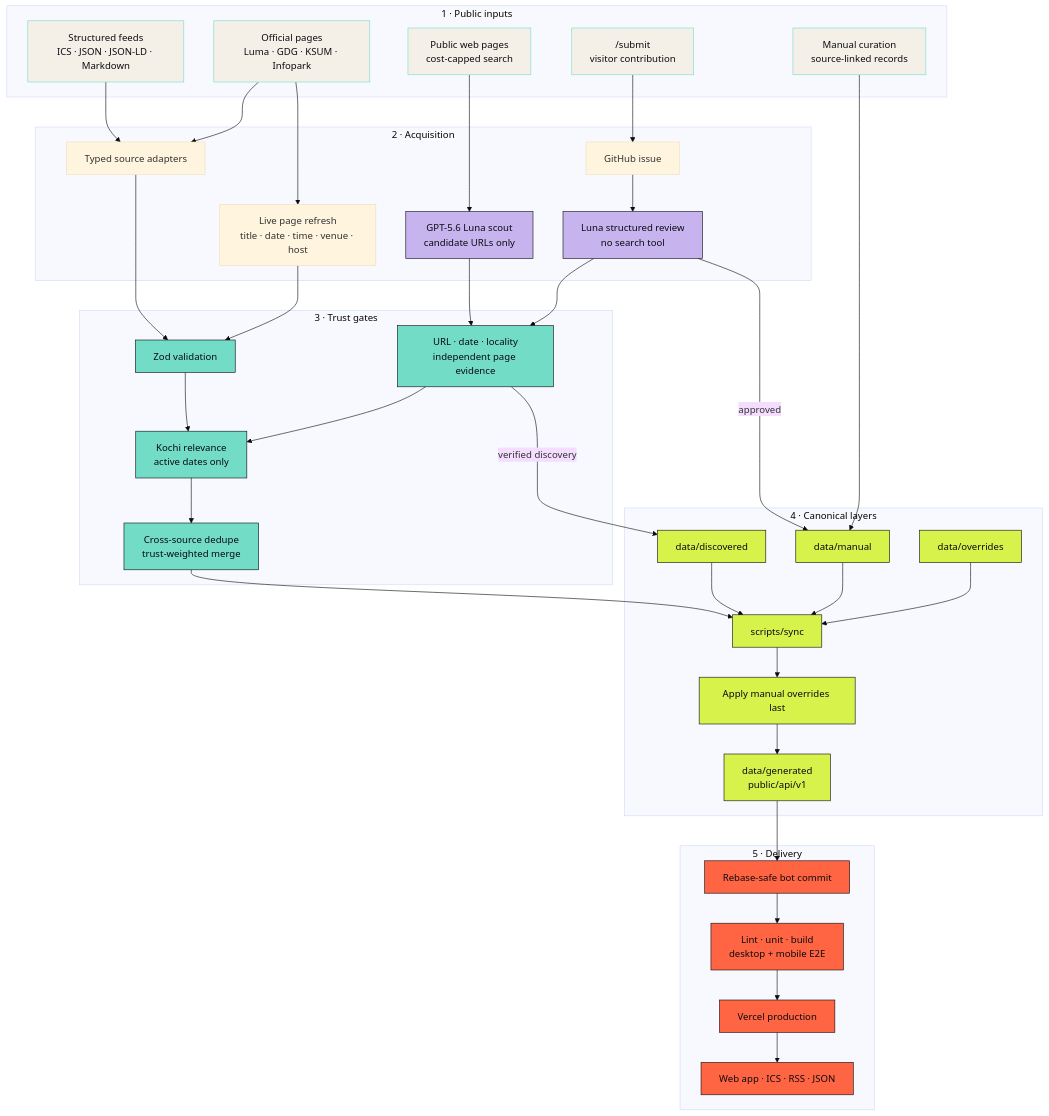
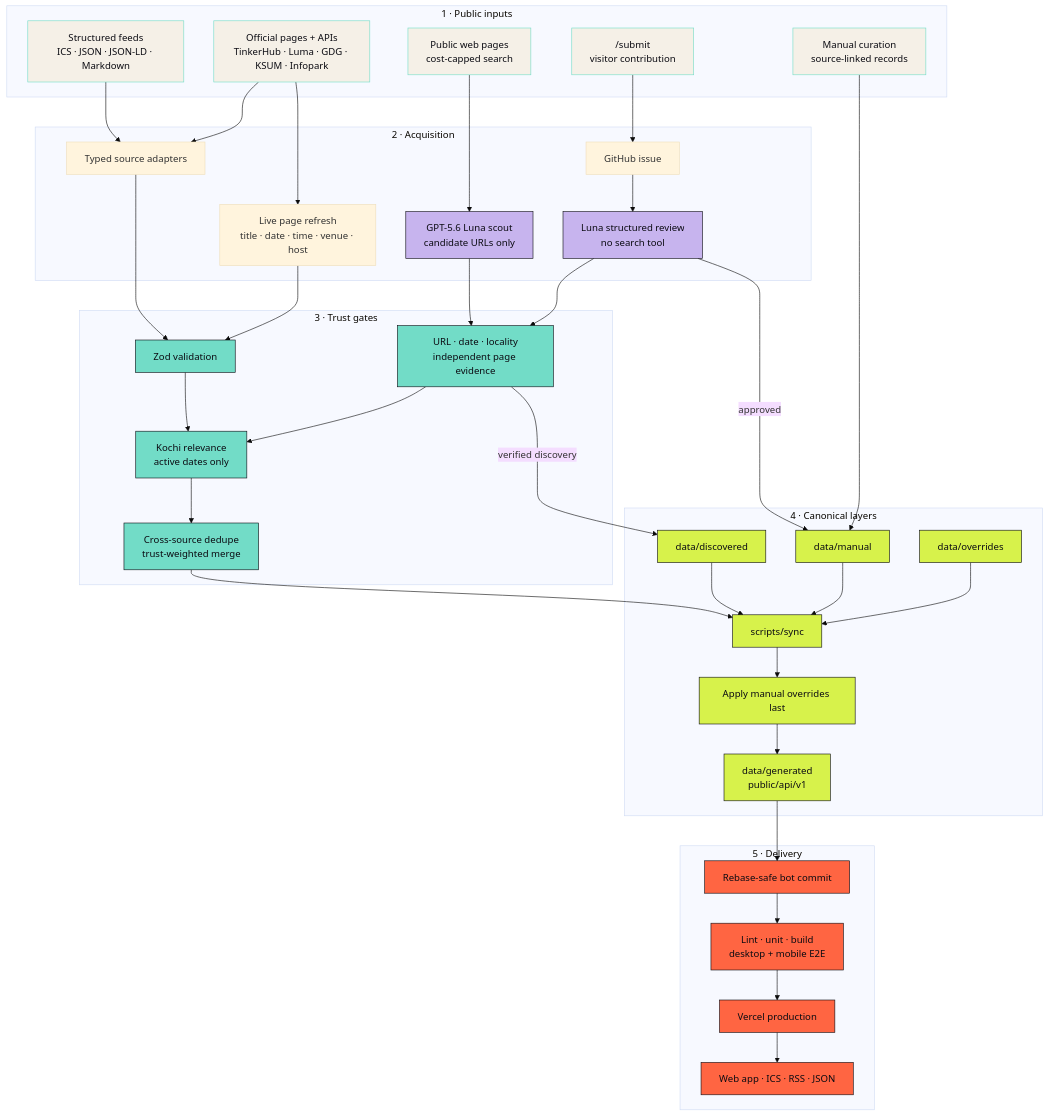
One commit to vaishakh3/kochibuzz changed the second of 2 diagrams in README.md. Above: the diagram before and after it, drawn with Mermaid (base theme). The commit also changed other lines of this file and 12 other files, not shown here.

Commit message:
Add TinkerHub event sync and cyber summit

````diff
--- a/README.md
+++ b/README.md
@@ -135,75 +135,75 @@
 ```mermaid
 flowchart TB
   subgraph sources["1 · Public inputs"]
     feeds["Structured feeds<br/>ICS · JSON · JSON-LD · Markdown"]
-    pages["Official pages<br/>Luma · GDG · KSUM · Infopark"]
+    pages["Official pages + APIs<br/>TinkerHub · Luma · GDG · KSUM · Infopark"]
     publicweb["Public web pages<br/>cost-capped search"]
     form["/submit<br/>visitor contribution"]
     curator["Manual curation<br/>source-linked records"]
   end
 
   subgraph acquisition["2 · Acquisition"]
     adapters["Typed source adapters"]
     liverefresh["Live page refresh<br/>title · date · time · venue · host"]
     scout["GPT-5.6 Luna scout<br/>candidate URLs only"]
     issue["GitHub issue"]
     reviewer["Luna structured review<br/>no search tool"]
   end
 
   subgraph trust["3 · Trust gates"]
     schema["Zod validation"]
     evidence["URL · date · locality<br/>independent page evidence"]
     relevance["Kochi relevance<br/>active dates only"]
     dedupe["Cross-source dedupe<br/>trust-weighted merge"]
   end
 
   subgraph canonical["4 · Canonical layers"]
     manual["data/manual"]
     discovered["data/discovered"]
     overrides["data/overrides"]
     sync["scripts/sync"]
     priority["Apply manual overrides last"]
     generated["data/generated<br/>public/api/v1"]
   end
 
   subgraph delivery["5 · Delivery"]
     commit["Rebase-safe bot commit"]
     quality["Lint · unit · build<br/>desktop + mobile E2E"]
     deploy["Vercel production"]
     outputs["Web app · ICS · RSS · JSON"]
   end
 
   feeds --> adapters
   pages --> adapters
   pages --> liverefresh
   publicweb --> scout
   form --> issue --> reviewer
   curator --> manual
 
   adapters --> schema
   liverefresh --> schema
   scout --> evidence
   reviewer --> evidence
   schema --> relevance
   evidence --> relevance
   relevance --> dedupe
 
   reviewer -->|approved| manual
   evidence -->|verified discovery| discovered
   dedupe --> sync
   manual --> sync
   discovered --> sync
   overrides --> sync
   sync --> priority --> generated --> commit --> quality --> deploy --> outputs
 
   classDef source fill:#F5F0E7,color:#0B0B12,stroke:#72DCC7;
   classDef ai fill:#C7B4EE,color:#0B0B12,stroke:#0B0B12;
   classDef gate fill:#72DCC7,color:#0B0B12,stroke:#0B0B12;
   classDef signal fill:#D7F24B,color:#0B0B12,stroke:#0B0B12;
   classDef coral fill:#FF6542,color:#0B0B12,stroke:#0B0B12;
   class feeds,pages,publicweb,form,curator source;
   class scout,reviewer ai;
   class schema,evidence,relevance,dedupe gate;
   class manual,discovered,overrides,sync,priority,generated signal;
   class commit,quality,deploy,outputs coral;
 ```
````
